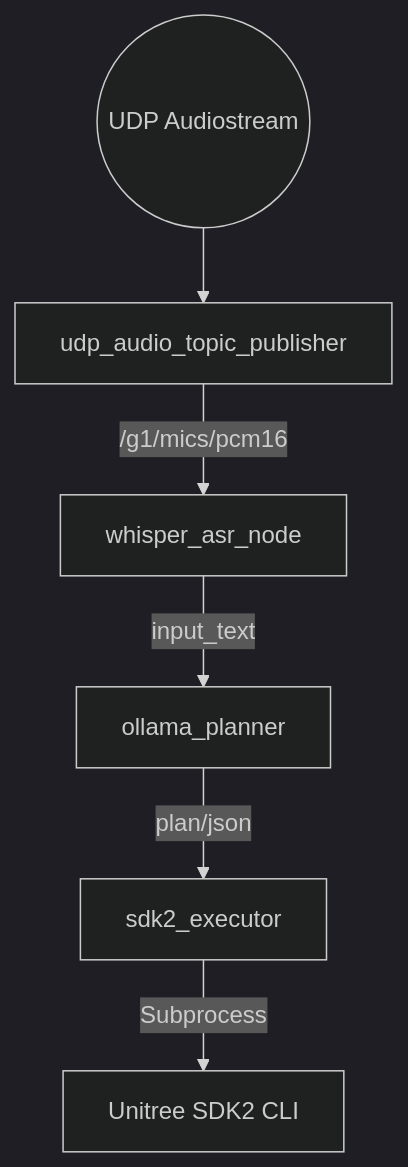
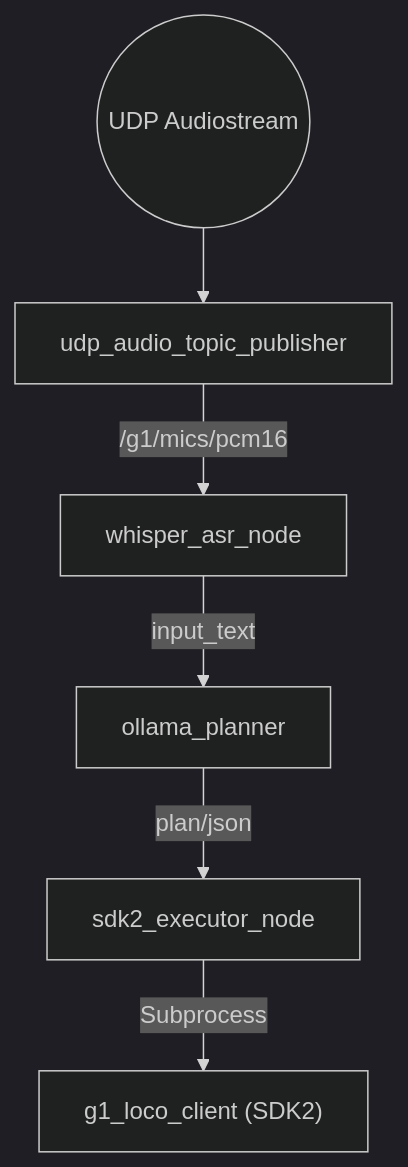
One commit to Bigfire3/CallBoy changed the diagram in README.md. Above: the diagram before and after it, drawn with Mermaid (dark theme).

Commit message:
Update FlowChart with Lococlient

````diff
--- a/README.md
+++ b/README.md
@@ -9,8 +9,8 @@
 ```mermaid
 flowchart TD
     MIC(("UDP Audiostream")) --> UDP["udp_audio_topic_publisher"]
     UDP -->|"/g1/mics/pcm16"| ASR["whisper_asr_node"]
     ASR -->|"input_text"| PLAN["ollama_planner"]
-    PLAN -->|"plan/json"| EXEC["sdk2_executor"]
-    EXEC -->|Subprocess| SDK["Unitree SDK2 CLI"]
+    PLAN -->|"plan/json"| EXEC["sdk2_executor_node"]
+    EXEC -->|Subprocess| SDK["g1_loco_client (SDK2)"]
 ```
````
